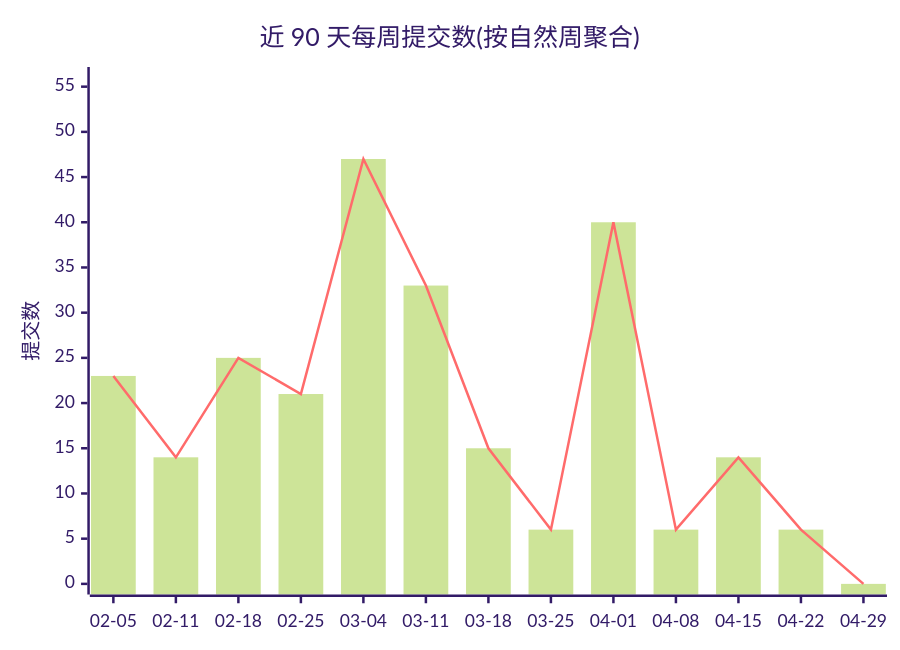
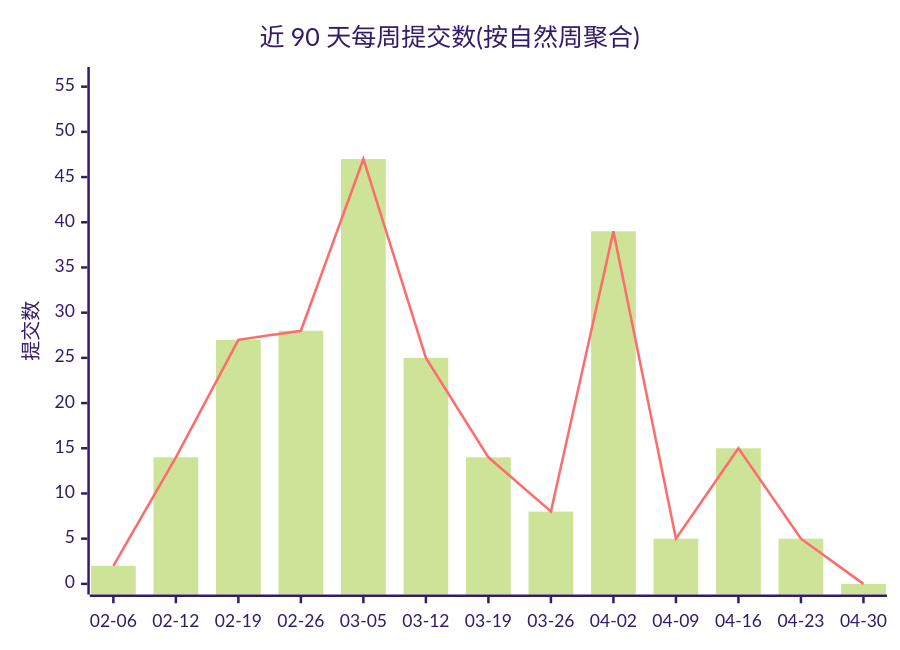
The first of 2 diagrams in profile/README.md (Conflux-Union/.github), drawn with Mermaid (forest theme) before and after one commit. The commit also changed other lines of this file and 1 other file, not shown here.

````diff
--- a/profile/README.md
+++ b/profile/README.md
@@ -44,8 +44,8 @@
 ```mermaid
 xychart-beta
     title "近 90 天每周提交数(按自然周聚合)"
-    x-axis ["02-05", "02-11", "02-18", "02-25", "03-04", "03-11", "03-18", "03-25", "04-01", "04-08", "04-15", "04-22", "04-29"]
+    x-axis ["02-06", "02-12", "02-19", "02-26", "03-05", "03-12", "03-19", "03-26", "04-02", "04-09", "04-16", "04-23", "04-30"]
     y-axis "提交数" 0 --> 56
-    bar [23, 14, 25, 21, 47, 33, 15, 6, 40, 6, 14, 6, 0]
-    line [23, 14, 25, 21, 47, 33, 15, 6, 40, 6, 14, 6, 0]
+    bar [2, 14, 27, 28, 47, 25, 14, 8, 39, 5, 15, 5, 0]
+    line [2, 14, 27, 28, 47, 25, 14, 8, 39, 5, 15, 5, 0]
 ```
````
